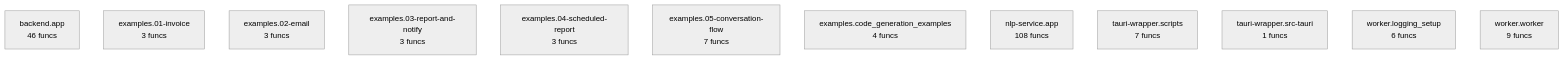
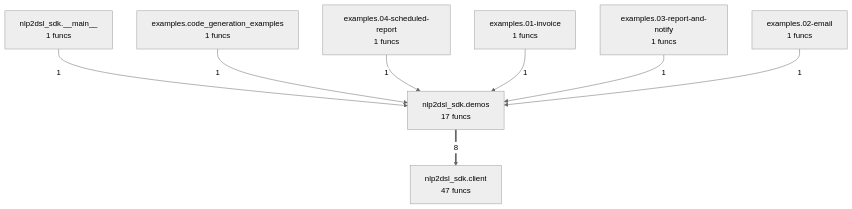
Before and after one commit to wronai/nlp2dsl: the diagram in project/compact_flow.mmd, drawn with Mermaid (neutral theme). The commit also changed 71 other files, not shown here.

```diff
--- a/project/compact_flow.mmd
+++ b/project/compact_flow.mmd
@@ -1,13 +1,16 @@
 flowchart TD
-    backend__app["backend.app<br/>46 funcs"]
-    examples__01_invoice["examples.01-invoice<br/>3 funcs"]
-    examples__02_email["examples.02-email<br/>3 funcs"]
-    examples__03_report_and_notify["examples.03-report-and-notify<br/>3 funcs"]
-    examples__04_scheduled_report["examples.04-scheduled-report<br/>3 funcs"]
-    examples__05_conversation_flow["examples.05-conversation-flow<br/>7 funcs"]
-    examples__code_generation_examples["examples.code_generation_examples<br/>4 funcs"]
-    nlp_service__app["nlp-service.app<br/>108 funcs"]
-    tauri_wrapper__scripts["tauri-wrapper.scripts<br/>7 funcs"]
-    tauri_wrapper__src_tauri["tauri-wrapper.src-tauri<br/>1 funcs"]
-    worker__logging_setup["worker.logging_setup<br/>6 funcs"]
-    worker__worker["worker.worker<br/>9 funcs"]
+    examples__01_invoice["examples.01-invoice<br/>1 funcs"]
+    examples__02_email["examples.02-email<br/>1 funcs"]
+    examples__03_report_and_notify["examples.03-report-and-notify<br/>1 funcs"]
+    examples__04_scheduled_report["examples.04-scheduled-report<br/>1 funcs"]
+    examples__code_generation_examples["examples.code_generation_examples<br/>1 funcs"]
+    nlp2dsl_sdk____main__["nlp2dsl_sdk.__main__<br/>1 funcs"]
+    nlp2dsl_sdk__client["nlp2dsl_sdk.client<br/>47 funcs"]
+    nlp2dsl_sdk__demos["nlp2dsl_sdk.demos<br/>17 funcs"]
+    nlp2dsl_sdk__demos ==>|8| nlp2dsl_sdk__client
+    nlp2dsl_sdk____main__ -->|1| nlp2dsl_sdk__demos
+    examples__code_generation_examples -->|1| nlp2dsl_sdk__demos
+    examples__04_scheduled_report -->|1| nlp2dsl_sdk__demos
+    examples__01_invoice -->|1| nlp2dsl_sdk__demos
+    examples__03_report_and_notify -->|1| nlp2dsl_sdk__demos
+    examples__02_email -->|1| nlp2dsl_sdk__demos
```
